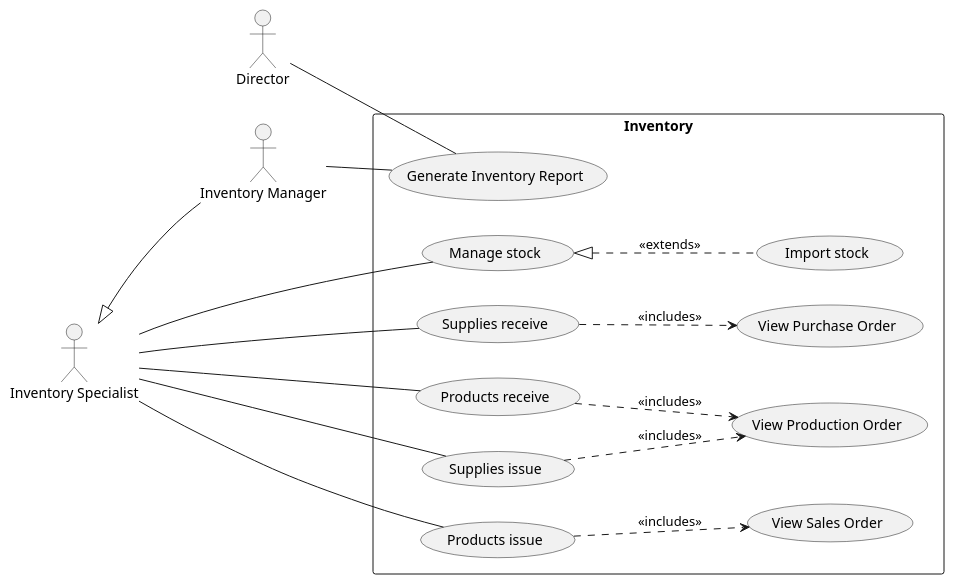
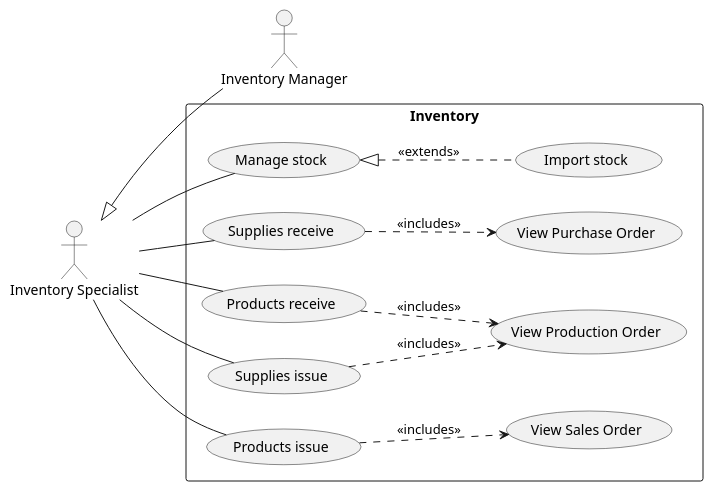
One commit to phihungha/scmss-reqs changed the diagram in use-cases/inventory.plantuml. Above: the diagram before and after it, drawn with PlantUML. The commit also changed 11 other files, not shown here.

```diff
--- a/use-cases/inventory.plantuml
+++ b/use-cases/inventory.plantuml
@@ -1,27 +1,22 @@
 @startuml inventory
 left to right direction
-
-:Director: as d
 
 :Inventory Manager: as im
 :Inventory Specialist: as is
 is <|-- im
 
 rectangle Inventory {
     is -- (Manage stock)
     (Manage stock) <|.. (Import stock) : <<extends>>
 
     is -- (Supplies receive)
     (Supplies receive) ..> (View Purchase Order) : <<includes>>
     is -- (Products receive)
     (Products receive) ..> (View Production Order) : <<includes>>
 
     is -- (Supplies issue)
     (Supplies issue) ..> (View Production Order) : <<includes>>
     is -- (Products issue)
     (Products issue) ..> (View Sales Order) : <<includes>>
-
-    im -- (Generate Inventory Report)
-    d -- (Generate Inventory Report)
 }
 @enduml
```
